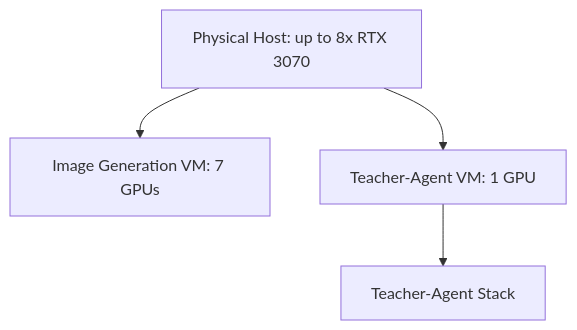
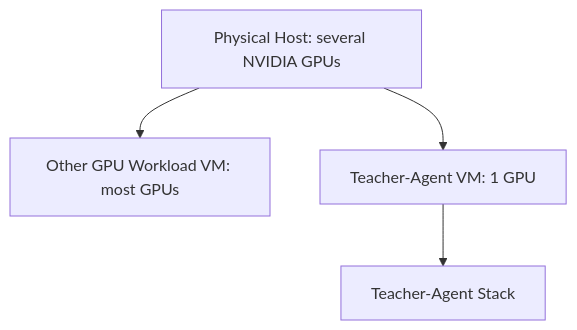
The seventh of 7 diagrams in docs/architecture.md (ninemate/ai-teacher), drawn with Mermaid before and after one commit. The commit also changed other lines of this file and 10 other files, not shown here.

````diff
--- a/docs/architecture.md
+++ b/docs/architecture.md
@@ -150,6 +150,6 @@
 ```mermaid
 flowchart TB
-  Host[Physical Host: up to 8x RTX 3070] --> VM1[Image Generation VM: 7 GPUs]
+  Host[Physical Host: several NVIDIA GPUs] --> VM1[Other GPU Workload VM: most GPUs]
   Host --> VM2[Teacher-Agent VM: 1 GPU]
   VM2 --> Teacher[Teacher-Agent Stack]
 ```
````
